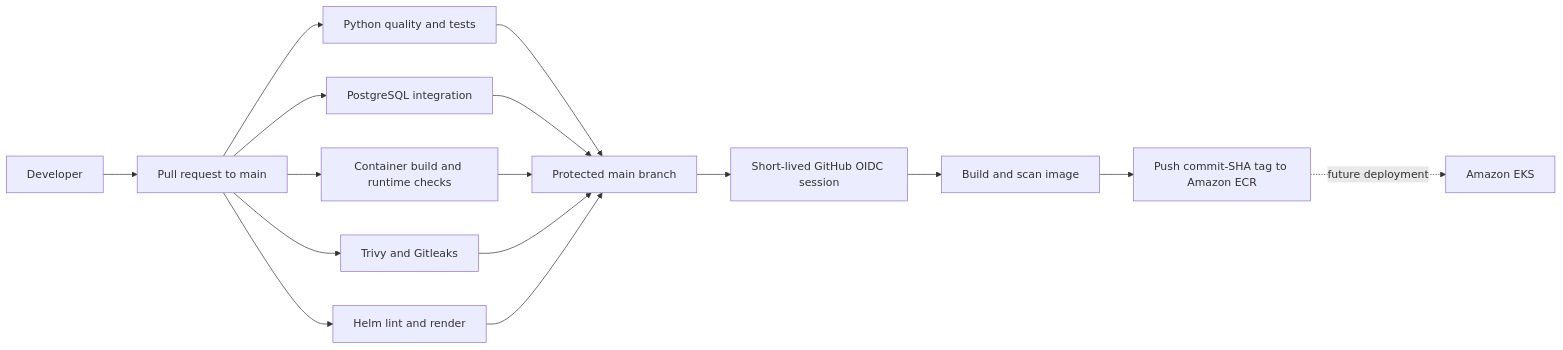
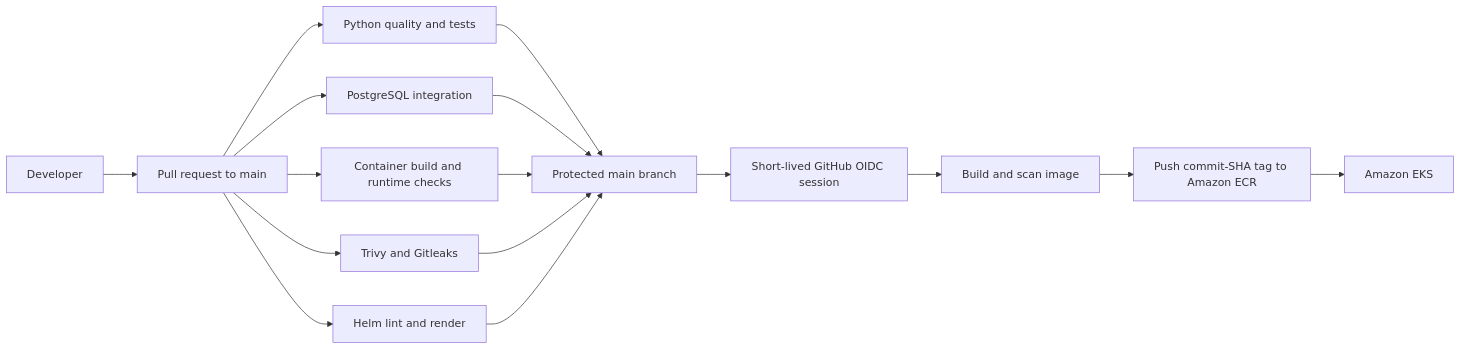
The second of 4 diagrams in README.md (SamehYahia/ai-job-platform), drawn with Mermaid before and after one commit. The commit also changed other lines of this file and 16 other files, not shown here.

````diff
--- a/README.md
+++ b/README.md
@@ -113,20 +143,20 @@
 ```mermaid
 flowchart LR
     DEV["Developer"] --> PR["Pull request to main"]
     PR --> QUALITY["Python quality and tests"]
     PR --> PG["PostgreSQL integration"]
     PR --> IMAGE["Container build and runtime checks"]
     PR --> SECURITY["Trivy and Gitleaks"]
     PR --> HELM["Helm lint and render"]
 
     QUALITY --> MERGE["Protected main branch"]
     PG --> MERGE
     IMAGE --> MERGE
     SECURITY --> MERGE
     HELM --> MERGE
 
     MERGE --> OIDC["Short-lived GitHub OIDC session"]
     OIDC --> BUILD["Build and scan image"]
     BUILD --> ECR["Push commit-SHA tag to Amazon ECR"]
-    ECR -. "future deployment" .-> EKS["Amazon EKS"]
+    ECR --> EKS["Amazon EKS"]
 ```
````
